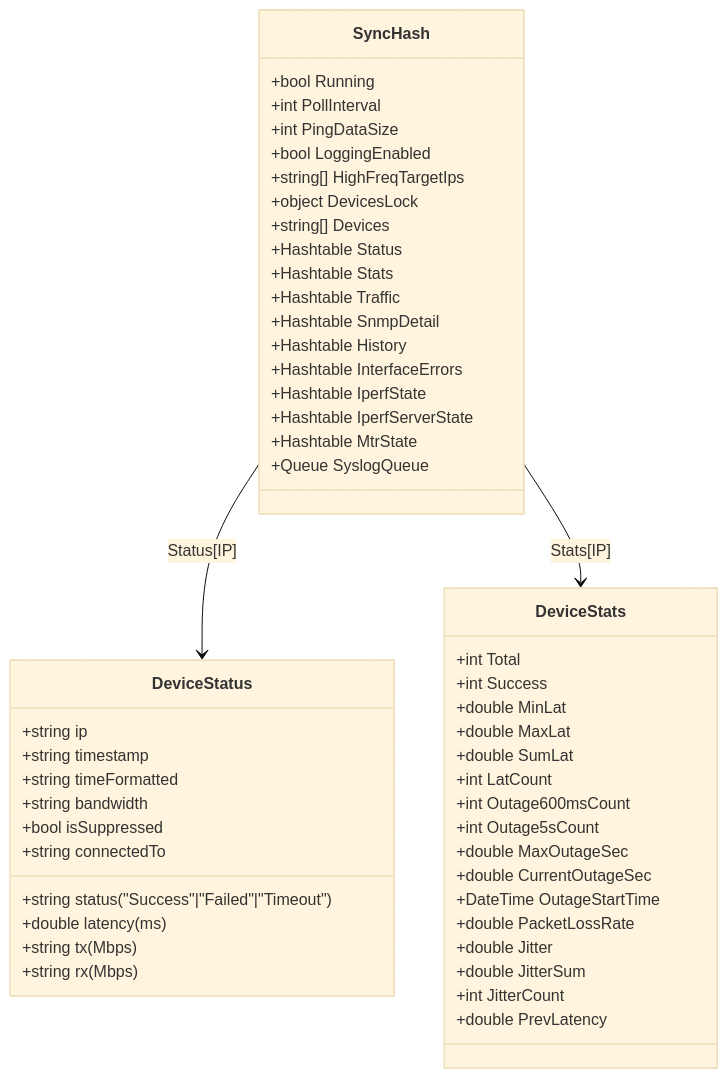
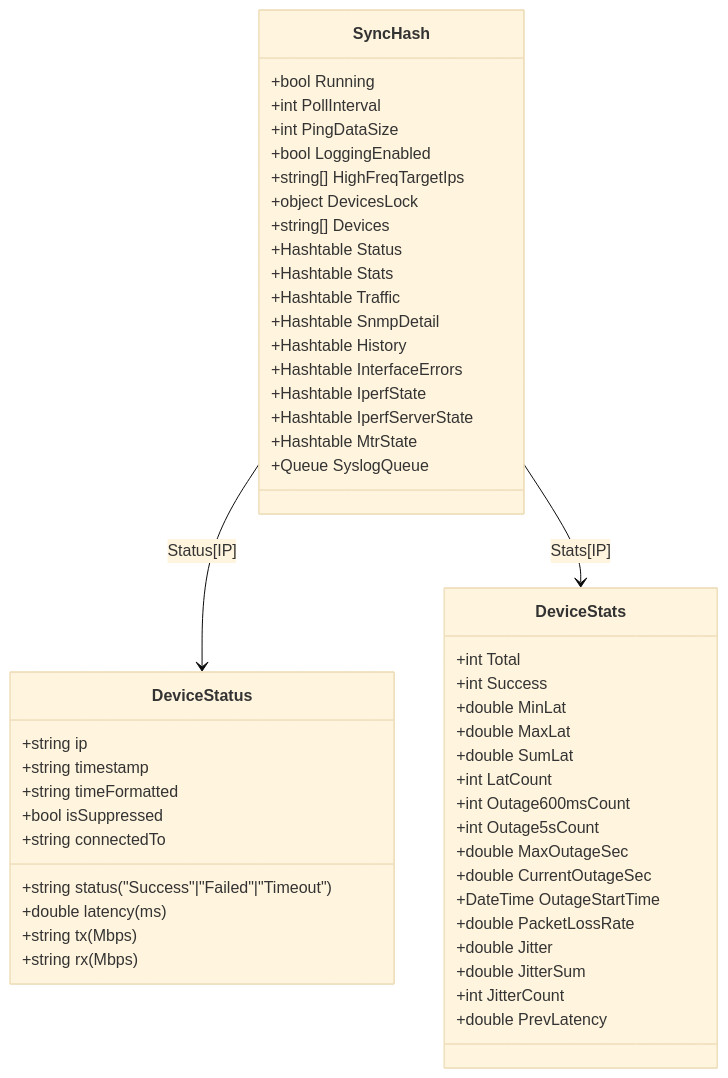
The third of 10 diagrams in system/SPECIFICATION.md (Shuntaro1996/network-device-monitor), drawn with Mermaid (base theme) before and after one commit. The commit also changed other lines of this file and 24 other files, not shown here.

````diff
--- a/system/SPECIFICATION.md
+++ b/system/SPECIFICATION.md
@@ -339,57 +335,56 @@
 ```mermaid
 classDiagram
     class SyncHash {
         +bool Running
         +int PollInterval
         +int PingDataSize
         +bool LoggingEnabled
         +string[] HighFreqTargetIps
         +object DevicesLock
         +string[] Devices
         +Hashtable Status
         +Hashtable Stats
         +Hashtable Traffic
         +Hashtable SnmpDetail
         +Hashtable History
         +Hashtable InterfaceErrors
         +Hashtable IperfState
         +Hashtable IperfServerState
         +Hashtable MtrState
         +Queue SyslogQueue
     }
 
     class DeviceStatus {
         +string status ("Success"|"Failed"|"Timeout")
         +double latency (ms)
         +string ip
         +string timestamp
         +string timeFormatted
         +string tx (Mbps)
         +string rx (Mbps)
-        +string bandwidth
         +bool isSuppressed
         +string connectedTo
     }
 
     class DeviceStats {
         +int Total
         +int Success
         +double MinLat
         +double MaxLat
         +double SumLat
         +int LatCount
         +int Outage600msCount
         +int Outage5sCount
         +double MaxOutageSec
         +double CurrentOutageSec
         +DateTime OutageStartTime
         +double PacketLossRate
         +double Jitter
         +double JitterSum
         +int JitterCount
         +double PrevLatency
     }
 
     SyncHash --> DeviceStatus : Status[IP]
     SyncHash --> DeviceStats : Stats[IP]
 ```
````
